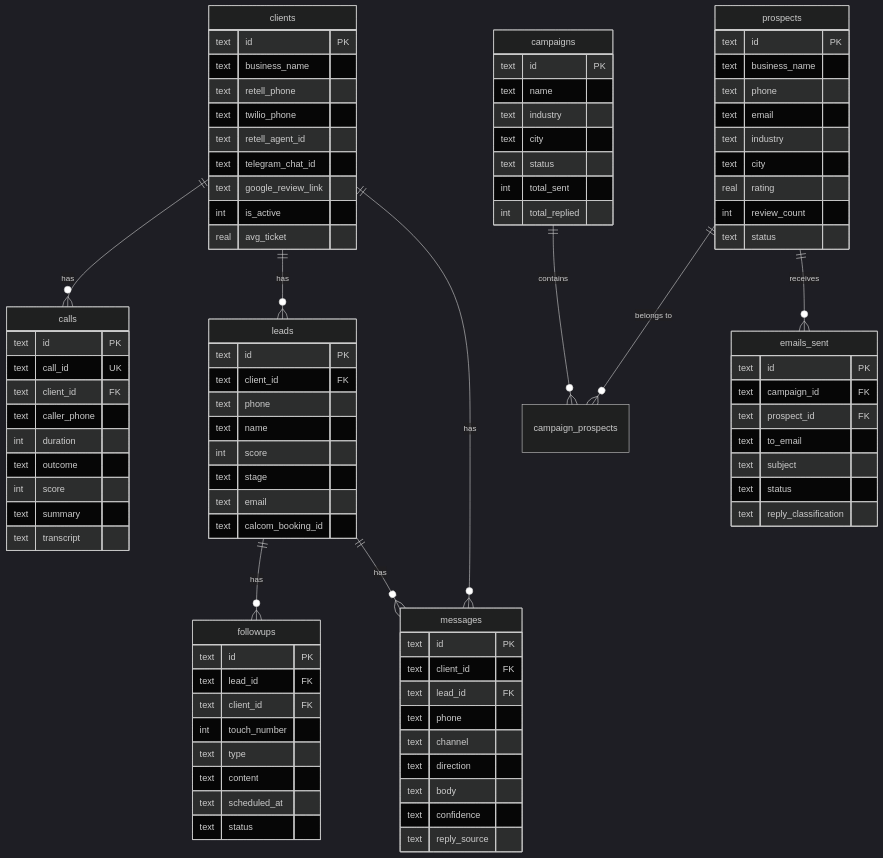
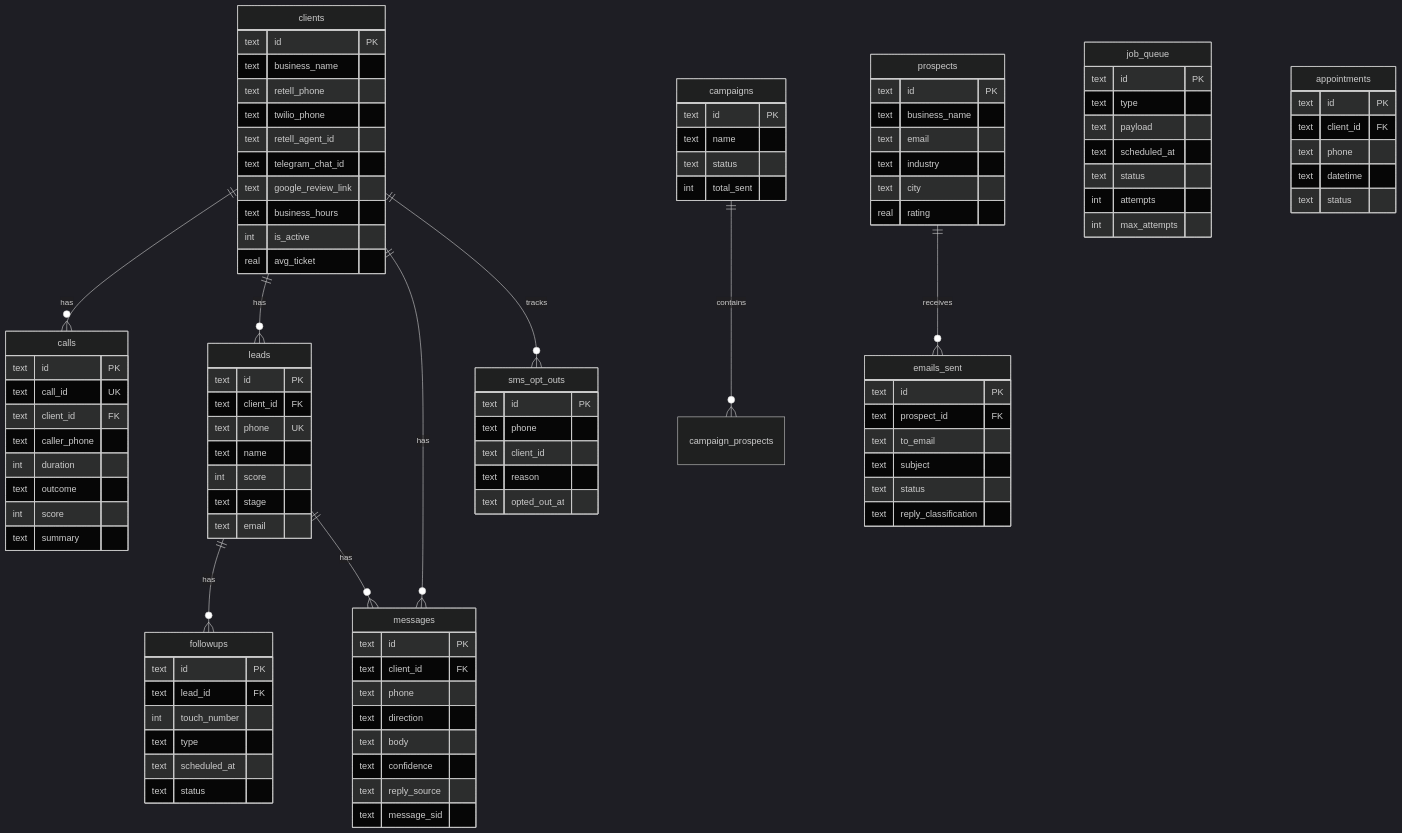
One commit to sweetsinai/elyvn changed the third of 3 diagrams in README.md. Above: the diagram before and after it, drawn with Mermaid (dark theme). The commit also changed other lines of this file, not shown here.

First line of the commit message:
docs: update README with job queue, opt-out, business hours, onboarding, metrics, backups

```diff
--- a/README.md
+++ b/README.md
@@ -378,10 +391,10 @@
     clients ||--o{ calls : "has"
     clients ||--o{ leads : "has"
     clients ||--o{ messages : "has"
+    clients ||--o{ sms_opt_outs : "tracks"
     leads ||--o{ followups : "has"
     leads ||--o{ messages : "has"
     campaigns ||--o{ campaign_prospects : "contains"
-    prospects ||--o{ campaign_prospects : "belongs to"
     prospects ||--o{ emails_sent : "receives"
 
     clients {
@@ -392,6 +405,7 @@
         text retell_agent_id
         text telegram_chat_id
         text google_review_link
+        text business_hours
         int is_active
         real avg_ticket
     }
@@ -404,62 +418,73 @@
         text outcome
         int score
         text summary
-        text transcript
     }
     leads {
         text id PK
         text client_id FK
-        text phone
+        text phone UK
         text name
         int score
         text stage
         text email
-        text calcom_booking_id
     }
     messages {
         text id PK
         text client_id FK
-        text lead_id FK
         text phone
-        text channel
         text direction
         text body
         text confidence
         text reply_source
+        text message_sid
     }
     followups {
         text id PK
         text lead_id FK
-        text client_id FK
         int touch_number
         text type
-        text content
         text scheduled_at
+        text status
+    }
+    job_queue {
+        text id PK
+        text type
+        text payload
+        text scheduled_at
+        text status
+        int attempts
+        int max_attempts
+    }
+    sms_opt_outs {
+        text id PK
+        text phone
+        text client_id
+        text reason
+        text opted_out_at
+    }
+    appointments {
+        text id PK
+        text client_id FK
+        text phone
+        text datetime
         text status
     }
     prospects {
         text id PK
         text business_name
-        text phone
         text email
         text industry
         text city
         real rating
-        int review_count
-        text status
     }
     campaigns {
         text id PK
         text name
-        text industry
-        text city
         text status
         int total_sent
-        int total_replied
     }
     emails_sent {
         text id PK
-        text campaign_id FK
         text prospect_id FK
         text to_email
         text subject
```
